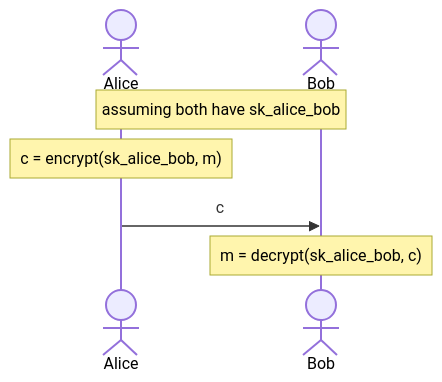
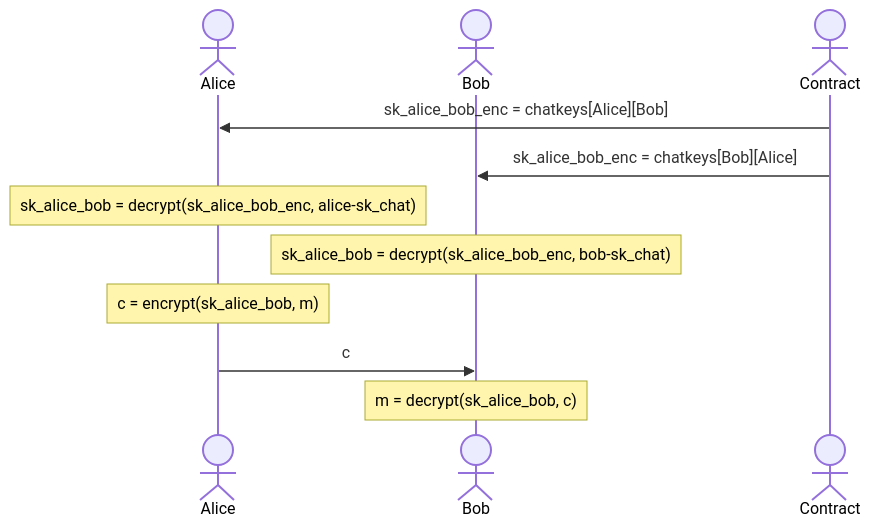
One commit to erhant/blockchatting changed the third of 3 diagrams in README.md. Above: the diagram before and after it, drawn with Mermaid. The commit also changed other lines of this file and 9 other files, not shown here.

````diff
--- a/README.md
+++ b/README.md
@@ -62,11 +62,16 @@
 ```mermaid
 sequenceDiagram
   actor Alice
   actor Bob
+  actor Contract
 
-  Note over Alice, Bob: assuming both have sk_alice_bob
+  Contract ->> Alice: sk_alice_bob_enc = chatkeys[Alice][Bob]
+  Contract ->> Bob: sk_alice_bob_enc = chatkeys[Bob][Alice]
+
+  Note over Alice: sk_alice_bob = decrypt(sk_alice_bob_enc, alice-sk_chat)
+  Note over Bob: sk_alice_bob = decrypt(sk_alice_bob_enc, bob-sk_chat)
 
   Note over Alice: c = encrypt(sk_alice_bob, m)
   Alice ->> Bob: c
   Note over Bob: m = decrypt(sk_alice_bob, c)
 ```
````
